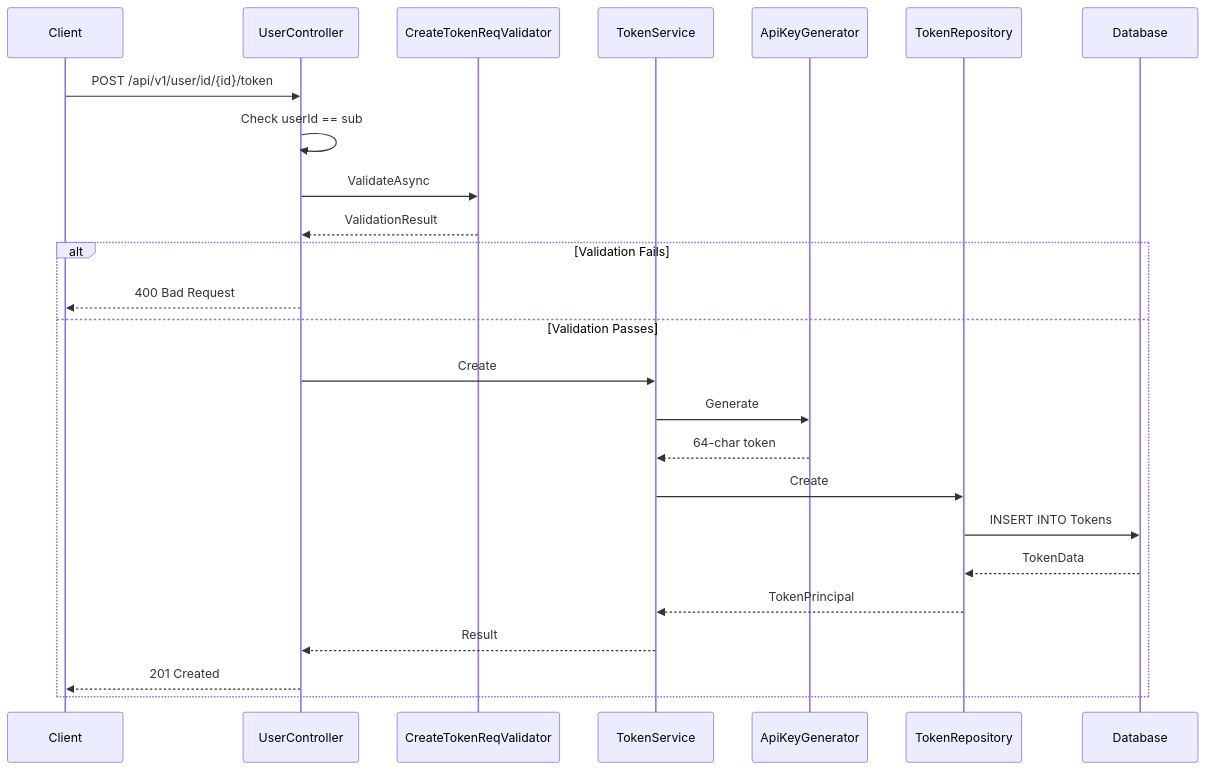
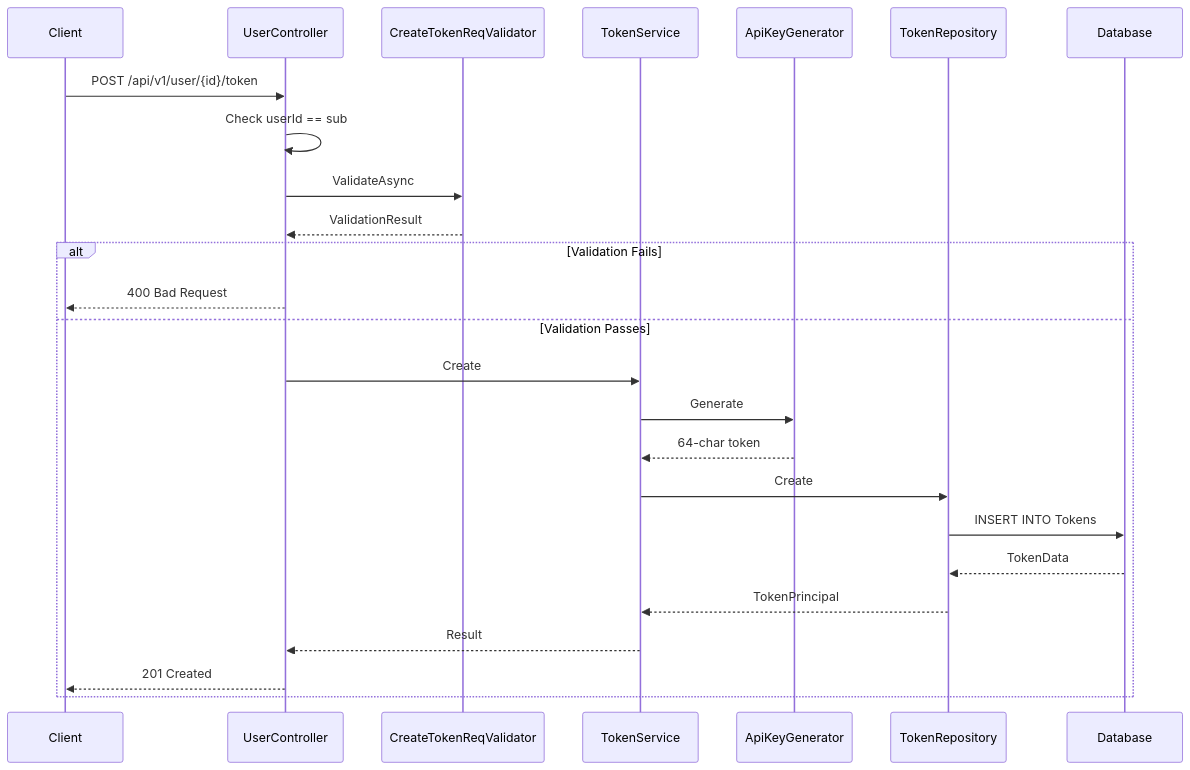
One commit to AtomiCloud/sulfone.zinc changed the second of 4 diagrams in docs/developer/features/08-token-management.md. Above: the diagram before and after it, drawn with Mermaid. The commit also changed other lines of this file and 15 other files, not shown here.

````diff
--- a/docs/developer/features/08-token-management.md
+++ b/docs/developer/features/08-token-management.md
@@ -67,29 +67,29 @@
 ```mermaid
 sequenceDiagram
     participant Client
     participant Controller as UserController
     participant Validator as CreateTokenReqValidator
     participant TokenSvc as TokenService
     participant Generator as ApiKeyGenerator
     participant Repository as TokenRepository
     participant DB as Database
 
-    Client->>Controller: POST /api/v1/user/id/{id}/token
+    Client->>Controller: POST /api/v1/user/{id}/token
     Controller->>Controller: Check userId == sub
     Controller->>Validator: ValidateAsync
     Validator-->>Controller: ValidationResult
 
     alt Validation Fails
         Controller-->>Client: 400 Bad Request
     else Validation Passes
         Controller->>TokenSvc: Create
         TokenSvc->>Generator: Generate
         Generator-->>TokenSvc: 64-char token
         TokenSvc->>Repository: Create
         Repository->>DB: INSERT INTO Tokens
         DB-->>Repository: TokenData
         Repository-->>TokenSvc: TokenPrincipal
         TokenSvc-->>Controller: Result
         Controller-->>Client: 201 Created
     end
 ```
````
